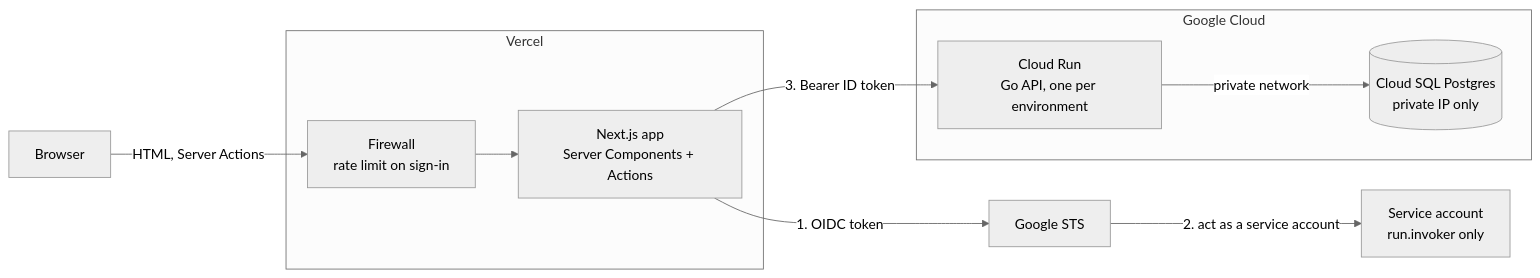
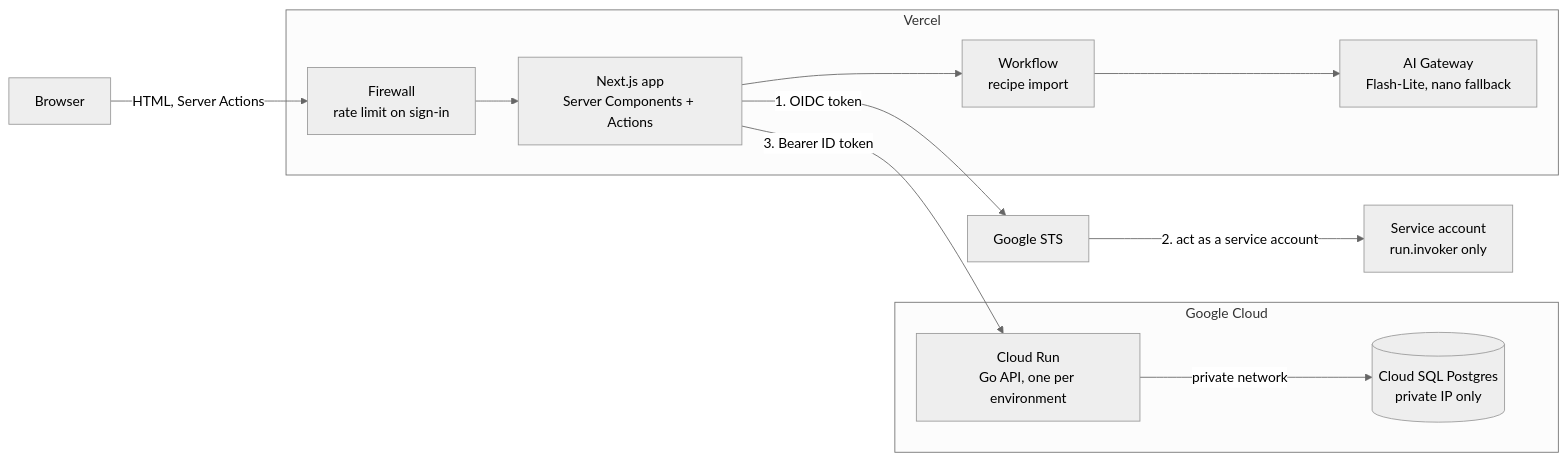
The second of 2 diagrams in README.md (rizkybiz/scullery), drawn with Mermaid (neutral theme) before and after one commit. The commit also changed other lines of this file, not shown here.

````diff
--- a/README.md
+++ b/README.md
@@ -10,13 +48,15 @@
 ```mermaid
 flowchart LR
   B[Browser] -->|HTML, Server Actions| F
   subgraph VC [Vercel]
     F[Firewall<br/>rate limit on sign-in] --> V[Next.js app<br/>Server Components + Actions]
+    V --> W[Workflow<br/>recipe import]
+    W --> G[AI Gateway<br/>Flash-Lite, nano fallback]
   end
   V -->|1. OIDC token| STS[Google STS]
   STS -->|2. act as a service account| SA[Service account<br/>run.invoker only]
   V -->|3. Bearer ID token| CR
   subgraph GCP [Google Cloud]
     CR[Cloud Run<br/>Go API, one per environment] -->|private network| SQL[(Cloud SQL Postgres<br/>private IP only)]
   end
 ```
````
